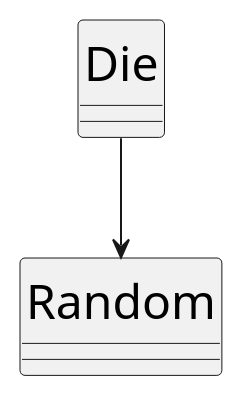
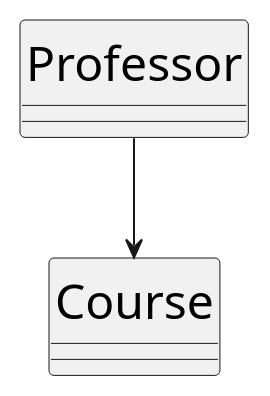
Before and after one commit to qlurkin/qlurkin.github.io: the sixth of 6 diagrams in docs/courses/poo/slides/deck1/index.md, drawn with PlantUML. The commit also changed other lines of this file and 5 other files, not shown here.

````diff
--- a/docs/courses/poo/slides/deck1/index.md
+++ b/docs/courses/poo/slides/deck1/index.md
@@ -483,11 +457,11 @@
 ```plantuml {.build}
 @startuml
 hide circle
 skinparam classAttributeIconSize 0
 skinparam defaultFontSize 24
 
-class Die
-class Random
-Die --> Random
+class Professor
+class Course
+Professor --> Course
 @enduml
 ```
````
